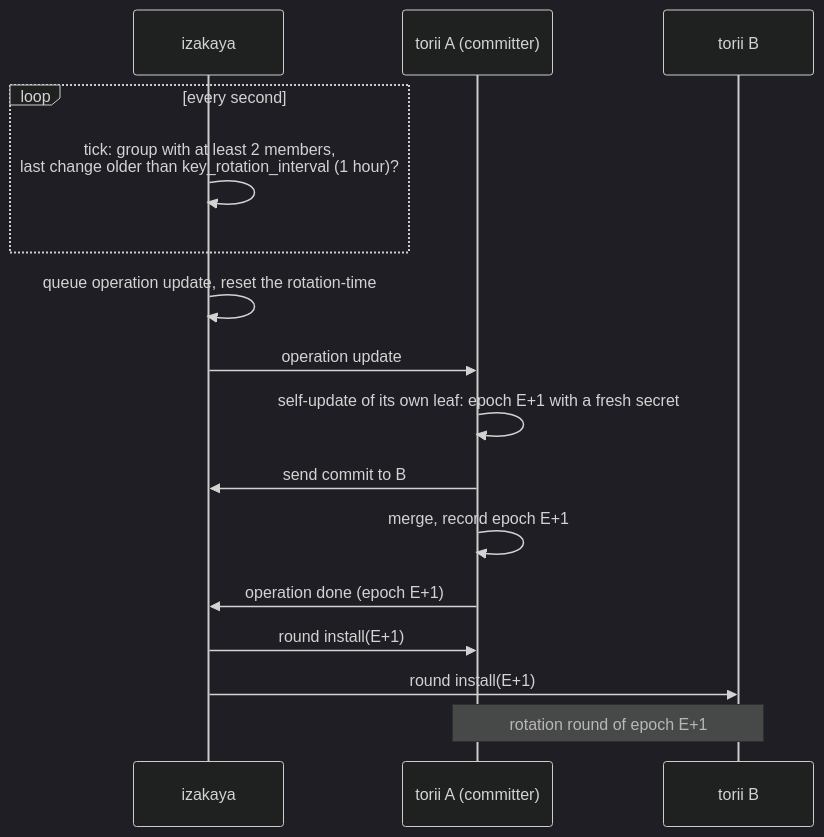
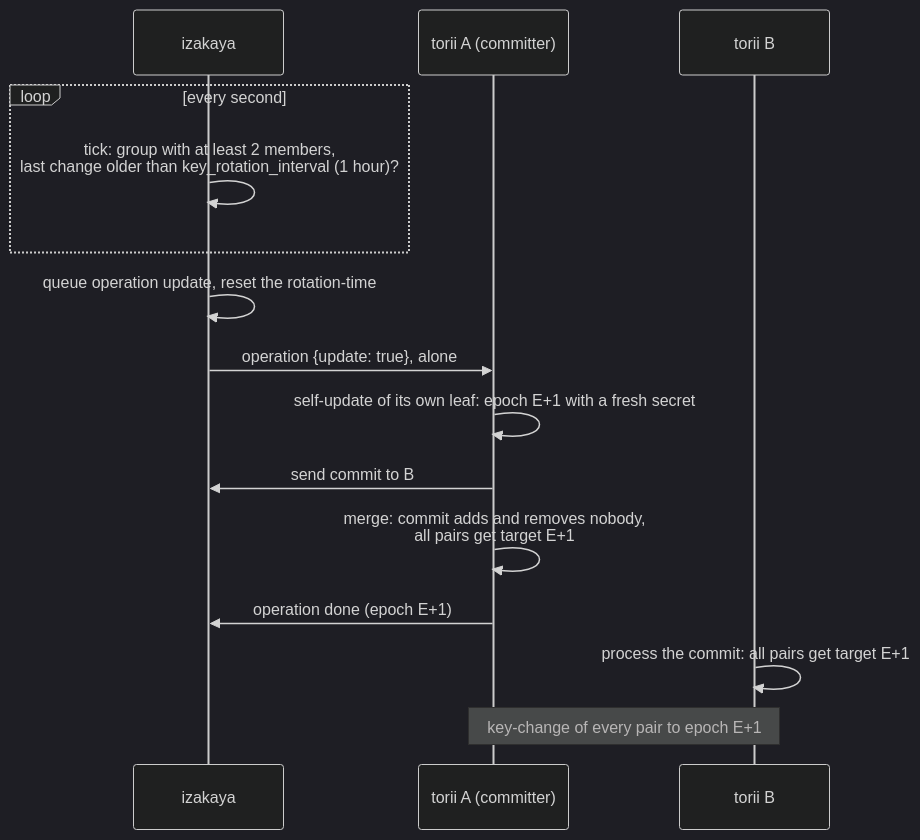
Before and after one commit to kitsudaiki/ainari: diagram 11 of 20 in docs/developer/sequence_diagrams/network_crypto_key_exchange.md, drawn with Mermaid (dark theme). The commit also changed other lines of this file and 3 other files, not shown here.

````diff
--- a/docs/developer/sequence_diagrams/network_crypto_key_exchange.md
+++ b/docs/developer/sequence_diagrams/network_crypto_key_exchange.md
@@ -392,19 +441,18 @@
 ```mermaid
 sequenceDiagram
     participant I as izakaya
     participant TA as torii A (committer)
     participant TB as torii B
 
     loop every second
         I->>I: tick: group with at least 2 members,<br/>last change older than key_rotation_interval (1 hour)?
     end
     I->>I: queue operation update, reset the rotation-time
-    I->>TA: operation update
+    I->>TA: operation {update: true}, alone
     TA->>TA: self-update of its own leaf: epoch E+1 with a fresh secret
     TA->>I: send commit to B
-    TA->>TA: merge, record epoch E+1
+    TA->>TA: merge: commit adds and removes nobody,<br/>all pairs get target E+1
     TA->>I: operation done (epoch E+1)
-    I->>TA: round install(E+1)
-    I->>TB: round install(E+1)
-    Note over TA,TB: rotation round of epoch E+1
+    TB->>TB: process the commit: all pairs get target E+1
+    Note over TA,TB: key-change of every pair to epoch E+1
 ```
````
